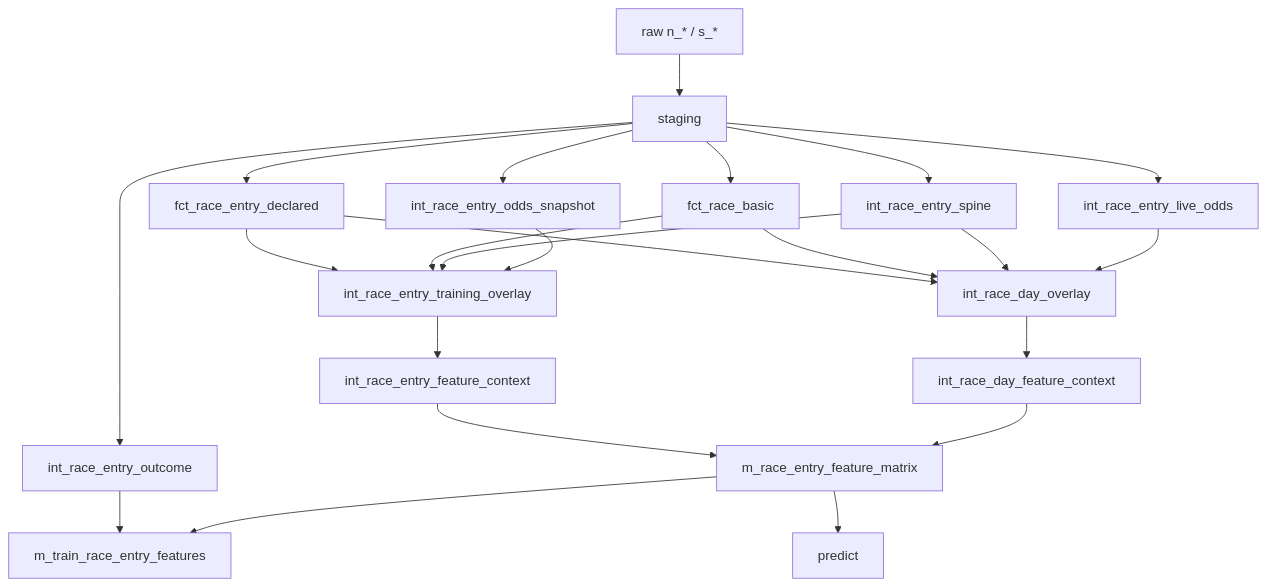
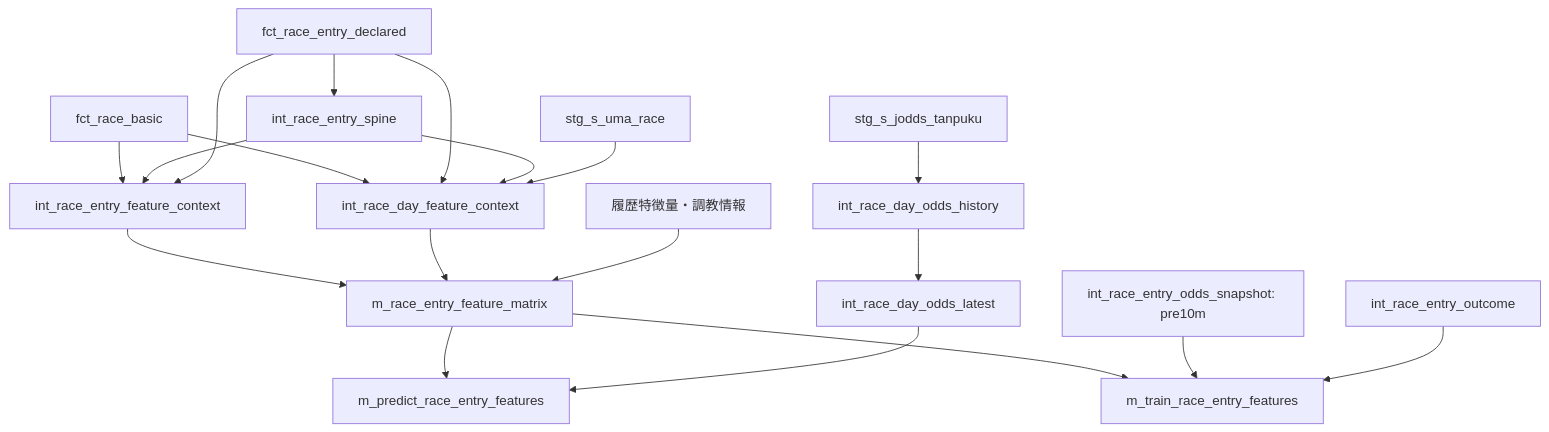
The diagram in docs/design/dbt_race_day_inference_strategy.md (Kmart0112/HARP), drawn with Mermaid before and after one commit. The commit also changed other lines of this file and 136 other files, not shown here.

````diff
--- a/docs/design/dbt_race_day_inference_strategy.md
+++ b/docs/design/dbt_race_day_inference_strategy.md
@@ -29,29 +9,21 @@
 ```mermaid
 flowchart TD
-    raw_n["raw n_* / s_*"] --> stg["staging"]
-
-    stg --> spine["int_race_entry_spine"]
-    stg --> race_basic["fct_race_basic"]
-    stg --> entry_declared["fct_race_entry_declared"]
-    stg --> outcome["int_race_entry_outcome"]
-    stg --> live_odds["int_race_entry_live_odds"]
-    stg --> odds_snapshot["int_race_entry_odds_snapshot"]
-
-    live_odds --> live_overlay["int_race_day_overlay"]
-    spine --> live_overlay
-    race_basic --> live_overlay
-    entry_declared --> live_overlay
-    live_overlay --> live_context["int_race_day_feature_context"]
-
-    odds_snapshot --> train_overlay["int_race_entry_training_overlay"]
-    spine --> train_overlay
-    race_basic --> train_overlay
-    entry_declared --> train_overlay
-    train_overlay --> train_context["int_race_entry_feature_context"]
-
-    live_context --> feature_matrix["m_race_entry_feature_matrix"]
-    train_context --> feature_matrix
-    feature_matrix --> train["m_train_race_entry_features"]
-    feature_matrix --> predict
-    outcome --> train
+    basic[fct_race_basic] --> training_context[int_race_entry_feature_context]
+    declared[fct_race_entry_declared] --> spine[int_race_entry_spine]
+    spine --> training_context
+    declared --> training_context
+    basic --> live_context[int_race_day_feature_context]
+    declared --> live_context
+    spine --> live_context
+    live_entry[stg_s_uma_race] --> live_context
+    training_context --> matrix[m_race_entry_feature_matrix]
+    live_context --> matrix
+    lookups[履歴特徴量・調教情報] --> matrix
+    live_odds[stg_s_jodds_tanpuku] --> history[int_race_day_odds_history]
+    history --> latest[int_race_day_odds_latest]
+    matrix --> predict[m_predict_race_entry_features]
+    latest --> predict
+    matrix --> train[m_train_race_entry_features]
+    snapshot[int_race_entry_odds_snapshot: pre10m] --> train
+    outcome[int_race_entry_outcome] --> train
 ```
````
